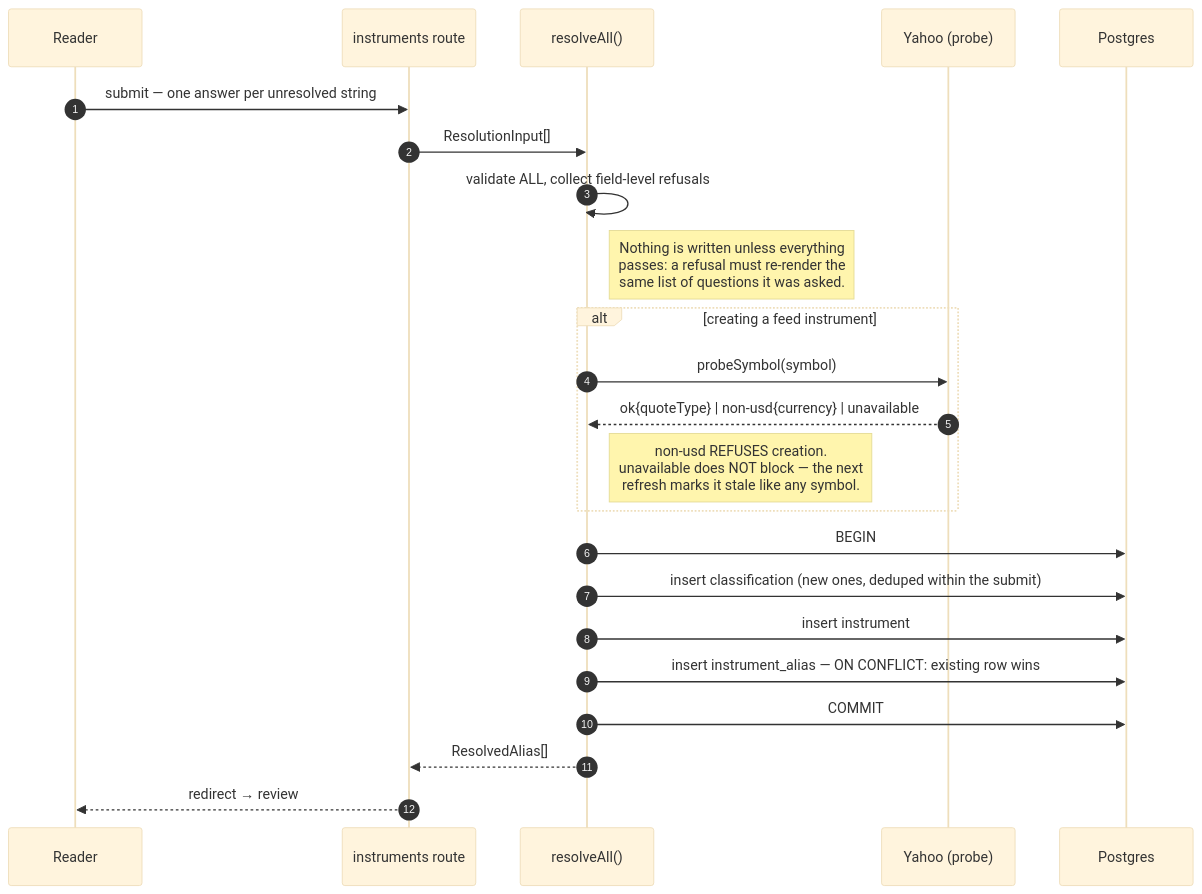
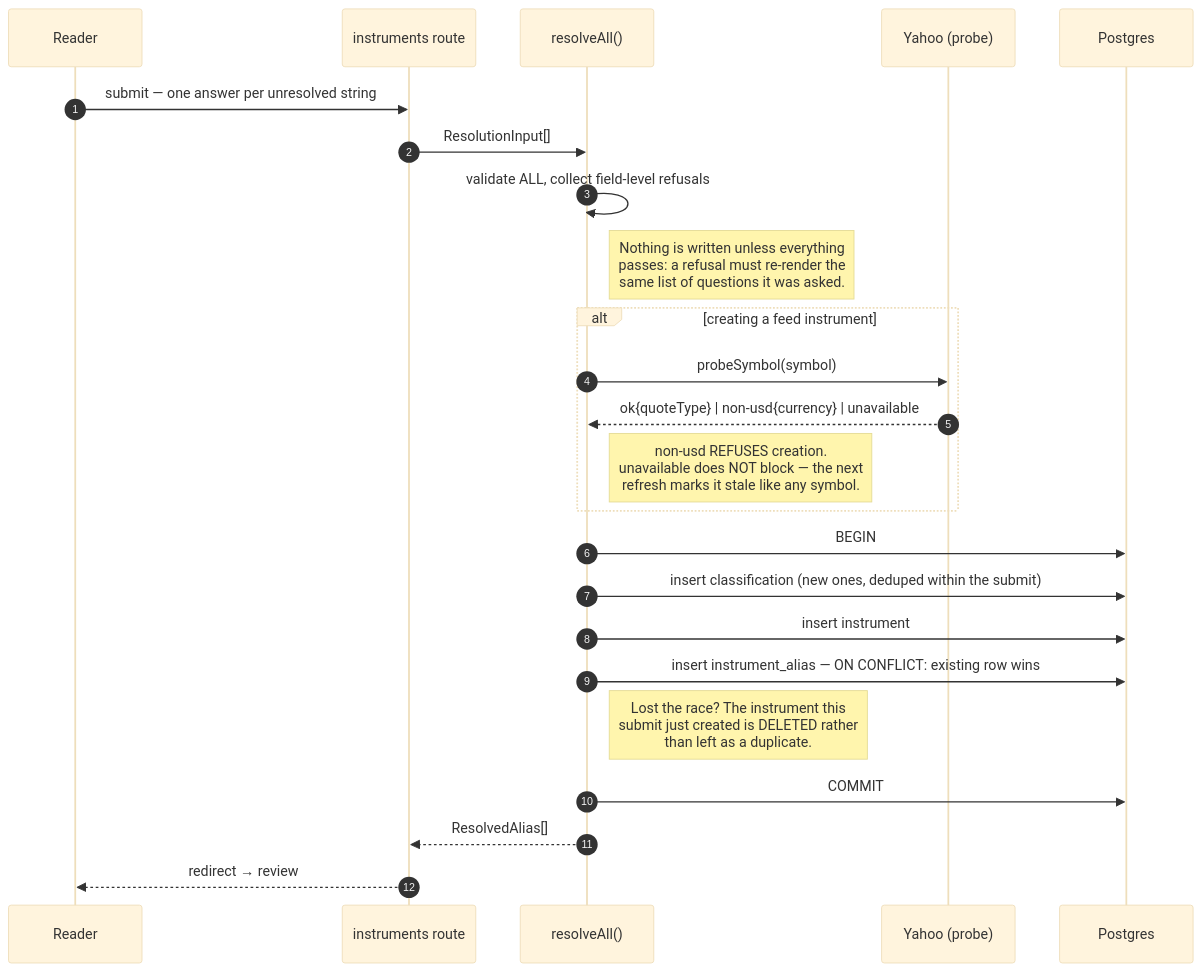
Before and after one commit to chethan123/portfolio: the eighth of 10 diagrams in ARCHITECTURE.md, drawn with Mermaid (base theme). The commit also changed other lines of this file, not shown here.

````diff
--- a/ARCHITECTURE.md
+++ b/ARCHITECTURE.md
@@ -739,26 +862,27 @@
 ```mermaid
 sequenceDiagram
     autonumber
     participant U as Reader
     participant R as instruments route
     participant IR as resolveAll()
     participant Y as Yahoo (probe)
     participant PG as Postgres
 
     U->>R: submit — one answer per unresolved string
     R->>IR: ResolutionInput[]
     IR->>IR: validate ALL, collect field-level refusals
     Note right of IR: Nothing is written unless everything<br/>passes: a refusal must re-render the<br/>same list of questions it was asked.
     alt creating a feed instrument
         IR->>Y: probeSymbol(symbol)
         Y-->>IR: ok{quoteType} | non-usd{currency} | unavailable
         Note right of IR: non-usd REFUSES creation.<br/>unavailable does NOT block — the next<br/>refresh marks it stale like any symbol.
     end
     IR->>PG: BEGIN
     IR->>PG: insert classification (new ones, deduped within the submit)
     IR->>PG: insert instrument
     IR->>PG: insert instrument_alias — ON CONFLICT: existing row wins
+    Note right of IR: Lost the race? The instrument this<br/>submit just created is DELETED rather<br/>than left as a duplicate.
     IR->>PG: COMMIT
     IR-->>R: ResolvedAlias[]
     R-->>U: redirect → review
 ```
````
